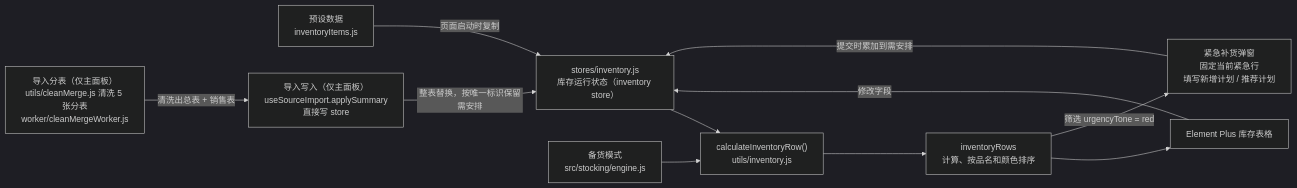
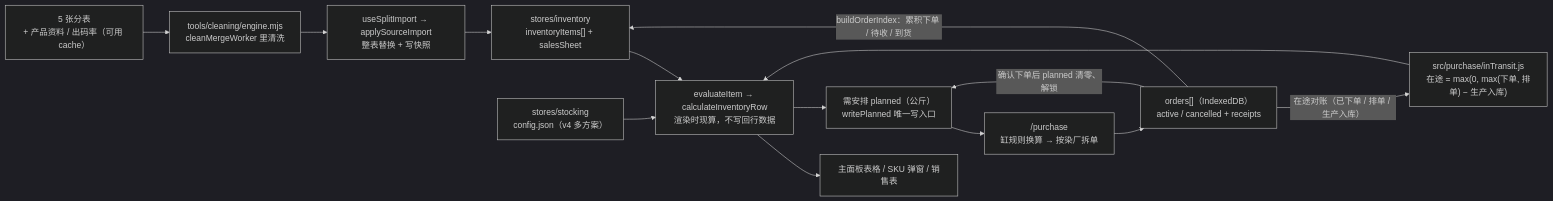
Before and after one commit to HugoCosette/kucunyujing: the second of 2 diagrams in 项目架构图.md, drawn with Mermaid (dark theme). The commit also changed other lines of this file and 47 other files, not shown here.

````diff
--- a/项目架构图.md
+++ b/项目架构图.md
@@ -52,23 +37,17 @@
 ```mermaid
 flowchart LR
-    Seed["预设数据<br/>inventoryItems.js"]
-    State["stores/inventory.js<br/>库存运行状态（inventory store）"]
-    Rules["备货模式<br/>src/stocking/engine.js"]
-    Calc["calculateInventoryRow()<br/>utils/inventory.js"]
-    Rows["inventoryRows<br/>计算、按品名和颜色排序"]
-    Table["Element Plus 库存表格"]
-    Urgent["紧急补货弹窗<br/>固定当前紧急行<br/>填写新增计划 / 推荐计划"]
-    Confirm["导入写入（仅主面板）<br/>useSourceImport.applySummary<br/>直接写 store"]
-    Split["导入分表（仅主面板）<br/>utils/cleanMerge.js 清洗 5 张分表<br/>worker/cleanMergeWorker.js"]
-
-    Seed -->|"页面启动时复制"| State
-    State --> Calc
-    Rules --> Calc
-    Calc --> Rows
-    Rows --> Table
-    Rows -->|"筛选 urgencyTone = red"| Urgent
-    Table -->|"修改字段"| State
-    Urgent -->|"提交时累加到需安排"| State
-    Confirm -->|"整表替换，按唯一标识保留需安排"| State
-    Split -->|"清洗出总表 + 销售表"| Confirm
+    Split["5 张分表<br/>+ 产品资料 / 出码率（可用 cache）"]
+    Split --> Clean["tools/cleaning/engine.mjs<br/>cleanMergeWorker 里清洗"]
+    Clean --> Apply["useSplitImport → applySourceImport<br/>整表替换 + 写快照"]
+    Apply --> Fact["stores/inventory<br/>inventoryItems[] + salesSheet"]
+    Config["stores/stocking<br/>config.json（v4 多方案）"] --> Calc
+    Fact --> Calc["evaluateItem → calculateInventoryRow<br/>渲染时现算，不写回行数据"]
+    Calc --> Table["主面板表格 / SKU 弹窗 / 销售表"]
+    Calc --> Planned["需安排 planned（公斤）<br/>writePlanned 唯一写入口"]
+    Planned --> Order["/purchase<br/>缸规则换算 → 按染厂拆单"]
+    Order --> Orders["orders[]（IndexedDB）<br/>active / cancelled + receipts"]
+    Orders -->|"buildOrderIndex：累积下单 / 待收 / 到货"| Fact
+    Orders -->|"确认下单后 planned 清零、解锁"| Planned
+    Orders -->|"在途对账（已下单 / 排单 / 生产入库）"| InTransit["src/purchase/inTransit.js<br/>在途 = max(0, max(下单, 排单) − 生产入库)"]
+    InTransit --> Calc
 ```
````
